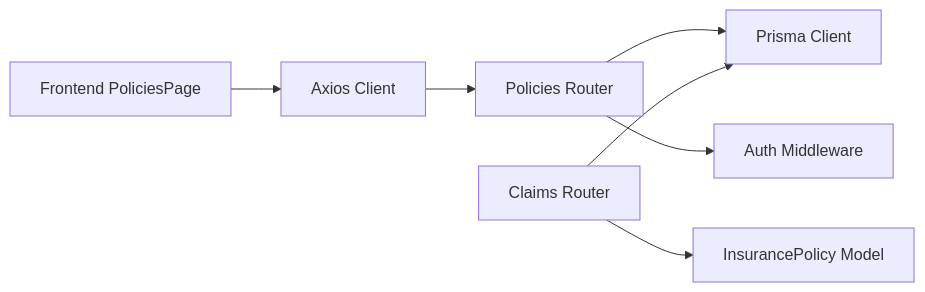
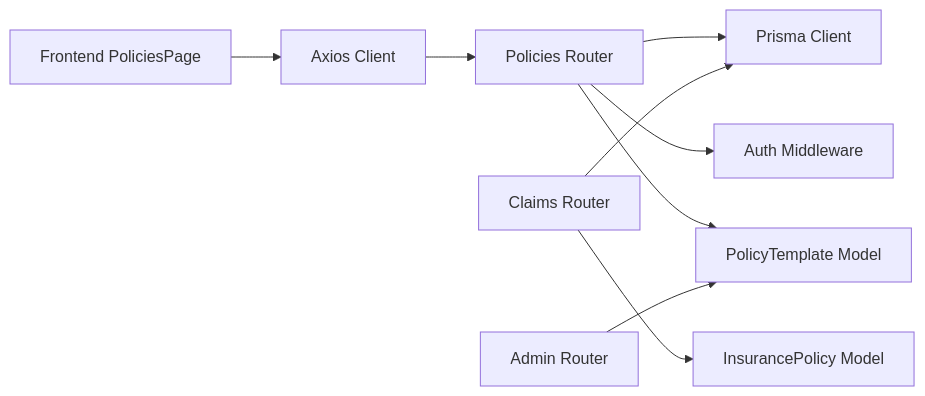
The fourth of 5 diagrams in .qoder/repowiki/en/content/API Reference/Policies API.md (NaveenHiranya/Smart-Vehicle-Insurance-Claim-System), drawn with Mermaid before and after one commit. The commit also changed other lines of this file and 38 other files, not shown here.

````diff
--- a/.qoder/repowiki/en/content/API Reference/Policies API.md
+++ b/.qoder/repowiki/en/content/API Reference/Policies API.md
@@ -307,9 +405,11 @@
 ```mermaid
 graph LR
 PoliciesRouter["Policies Router"] --> Prisma["Prisma Client"]
 PoliciesRouter --> AuthMiddleware["Auth Middleware"]
+PoliciesRouter --> PolicyTemplates["PolicyTemplate Model"]
 ClaimsRouter["Claims Router"] --> Prisma
 ClaimsRouter --> PoliciesModel["InsurancePolicy Model"]
 Frontend["Frontend PoliciesPage"] --> Axios["Axios Client"]
 Axios --> PoliciesRouter
+AdminRouter["Admin Router"] --> PolicyTemplates
 ```
````
